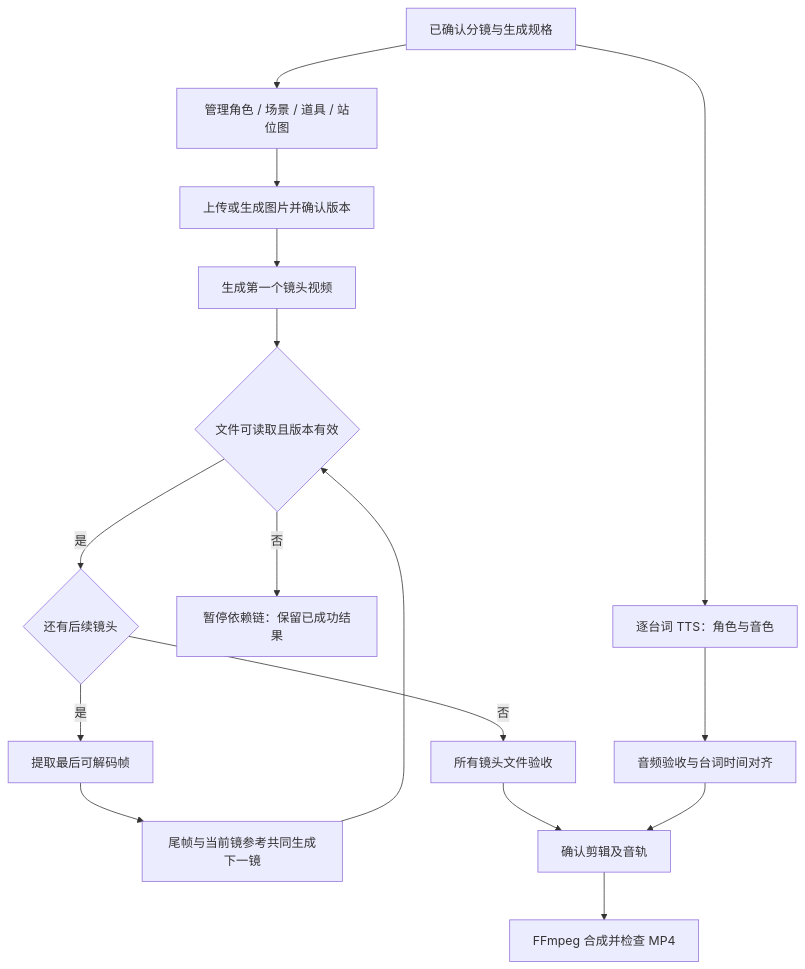
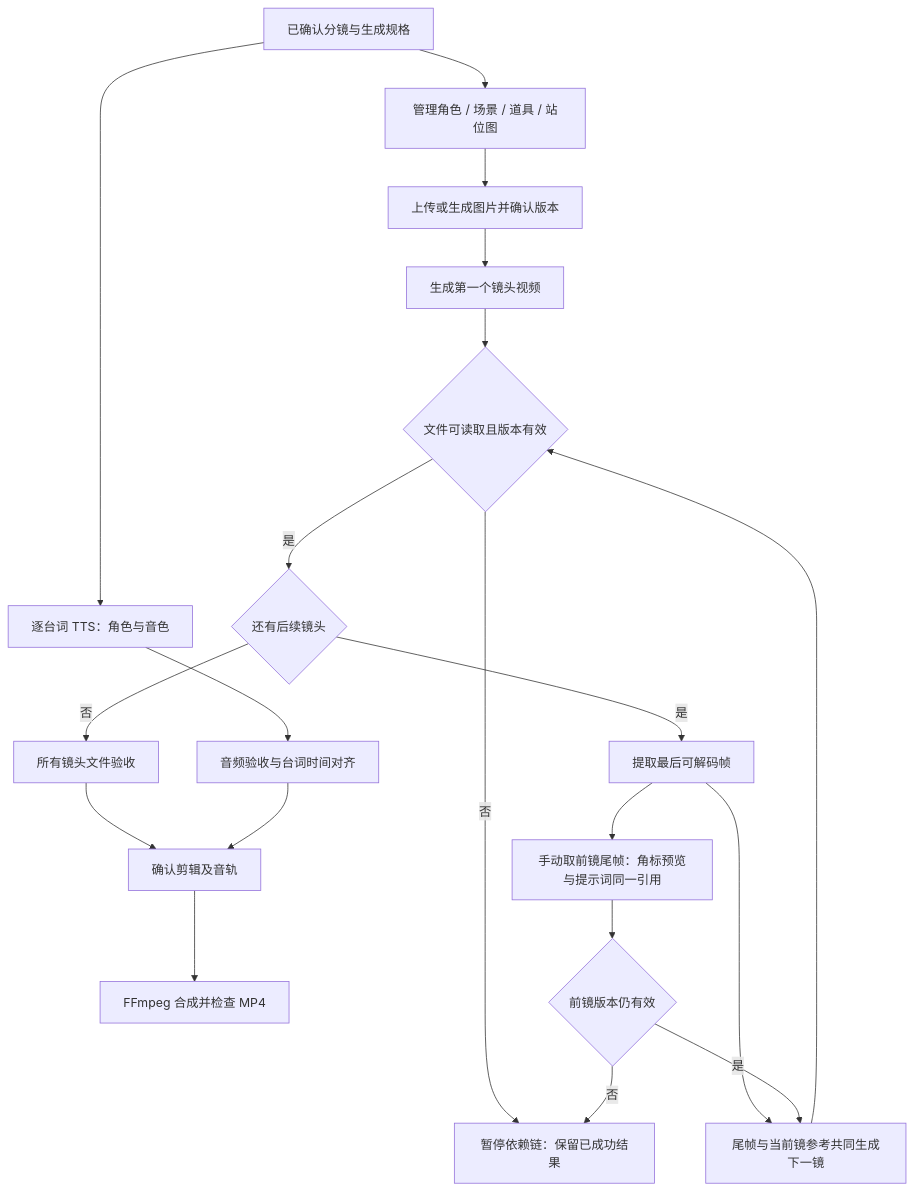
The diagram in interaction-prd-workspace/reference/technical-diagrams/05-media-chain.mmd (federra/MengyuanAI), drawn with Mermaid before and after one commit. The commit also changed 81 other files, not shown here.

```diff
--- a/interaction-prd-workspace/reference/technical-diagrams/05-media-chain.mmd
+++ b/interaction-prd-workspace/reference/technical-diagrams/05-media-chain.mmd
@@ -1,16 +1,21 @@
 flowchart TB
   B[已确认分镜与生成规格] --> R[管理角色 / 场景 / 道具 / 站位图]
   R --> RC[上传或生成图片并确认版本]
   B --> T[逐台词 TTS：角色与音色]
   RC --> V1[生成第一个镜头视频]
   V1 --> OK{文件可读取且版本有效}
   OK -->|否| PAUSE[暂停依赖链：保留已成功结果]
   OK -->|是| NEXT{还有后续镜头}
   NEXT -->|是| FRAME[提取最后可解码帧]
   FRAME --> V2[尾帧与当前镜参考共同生成下一镜]
   V2 --> OK
   NEXT -->|否| READY[所有镜头文件验收]
   T --> AUDIO[音频验收与台词时间对齐]
   READY --> EDIT[确认剪辑及音轨]
   AUDIO --> EDIT
   EDIT --> RENDER[FFmpeg 合成并检查 MP4]
+
+  FRAME --> MANUAL[手动取前镜尾帧：角标预览与提示词同一引用]
+  MANUAL --> VERSION{前镜版本仍有效}
+  VERSION -->|是| V2
+  VERSION -->|否| PAUSE
```
